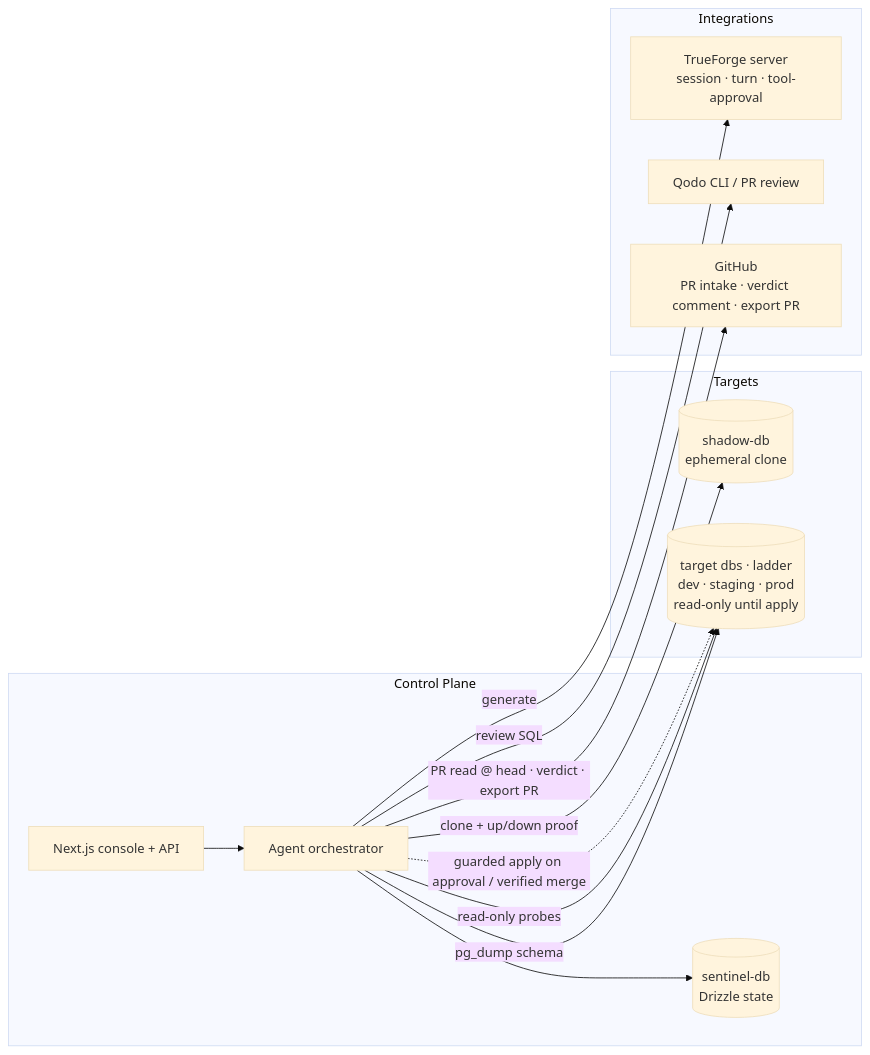
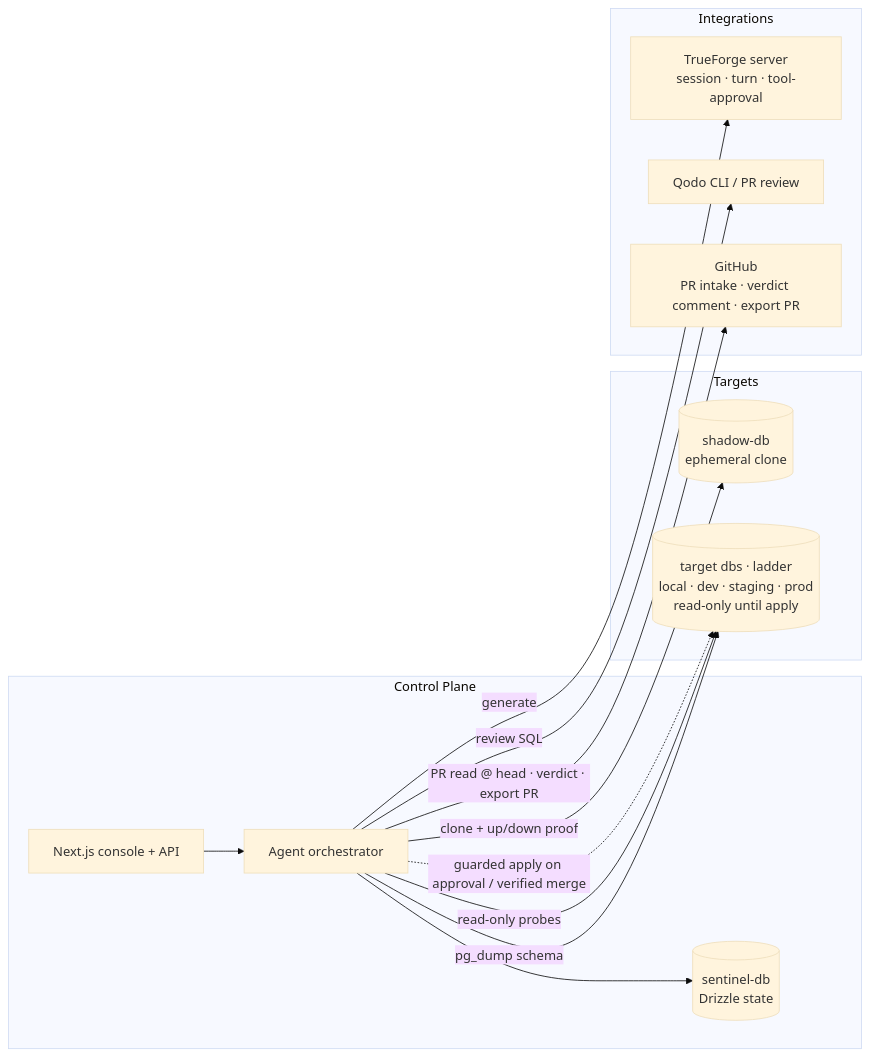
One commit to SamChawla/migration-sentinel changed the second of 3 diagrams in README.md. Above: the diagram before and after it, drawn with Mermaid (base theme). The commit also changed other lines of this file and 1 other file, not shown here.

First line of the commit message:
docs: resolve Qodo review — export gate is conditional; local rung; honest verdict

````diff
--- a/README.md
+++ b/README.md
@@ -163,27 +165,27 @@
 ```mermaid
 flowchart LR
     subgraph Control Plane
         WEB[Next.js console + API]
         AGENT[Agent orchestrator]
         SENT[(sentinel-db<br/>Drizzle state)]
     end
     subgraph Targets
         SHADOW[(shadow-db<br/>ephemeral clone)]
-        TARGET[(target dbs · ladder<br/>dev · staging · prod<br/>read-only until apply)]
+        TARGET[(target dbs · ladder<br/>local · dev · staging · prod<br/>read-only until apply)]
     end
     subgraph Integrations
         TF[TrueForge server<br/>session · turn · tool-approval]
         QODO[Qodo CLI / PR review]
         GH[GitHub<br/>PR intake · verdict comment · export PR]
     end
 
     WEB --> AGENT
     AGENT --> SENT
     AGENT -->|generate| TF
     AGENT -->|PR read @ head · verdict · export PR| GH
     AGENT -->|pg_dump schema| TARGET
     AGENT -->|clone + up/down proof| SHADOW
     AGENT -->|read-only probes| TARGET
     AGENT -->|review SQL| QODO
     AGENT -.->|guarded apply on approval / verified merge| TARGET
 ```
````
